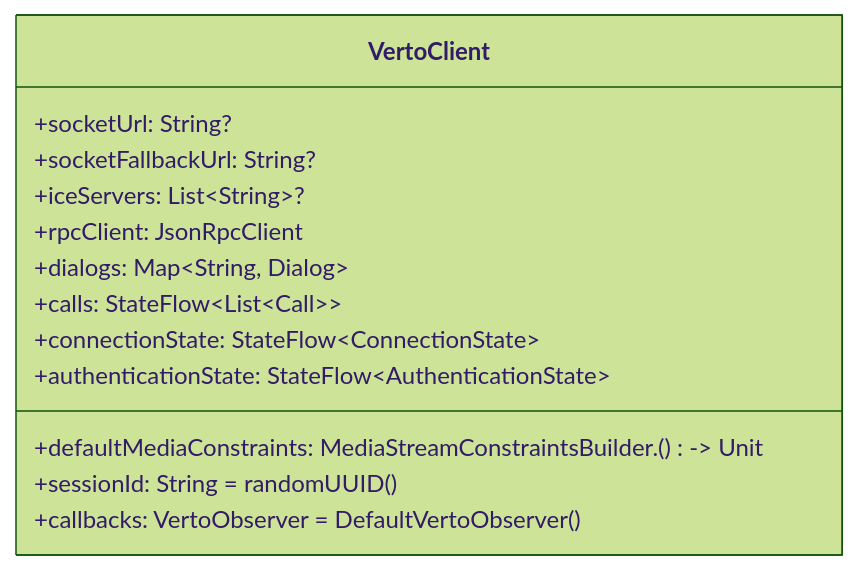
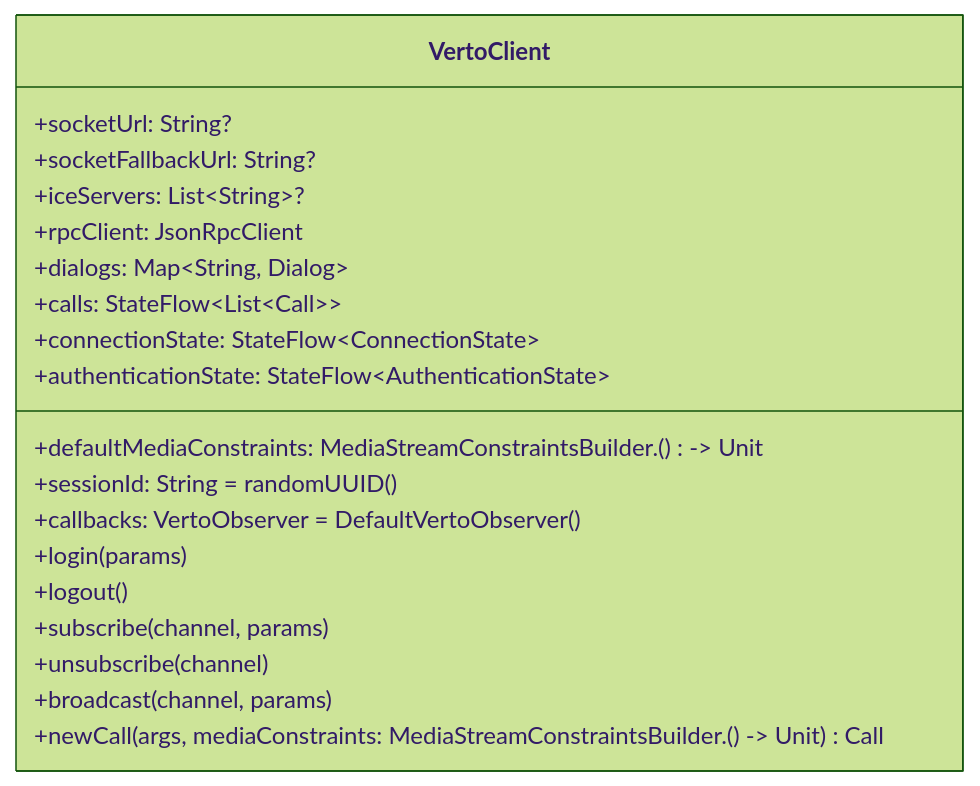
Before and after one commit to bjenning04/foam: the second of 2 diagrams in verto-design.md, drawn with Mermaid (forest theme).

Commit message:
May 4, 2026, 4:13 PM

````diff
--- a/verto-design.md
+++ b/verto-design.md
@@ -76,17 +76,22 @@
 ```mermaid
 classDiagram
     class VertoClient {
         +socketUrl: String?
         +socketFallbackUrl: String?
         +defaultMediaConstraints: MediaStreamConstraintsBuilder.() -> Unit
         +iceServers: List~String~?
         +sessionId: String = randomUUID()
         +callbacks: VertoObserver = DefaultVertoObserver()
         +rpcClient: JsonRpcClient
         +dialogs: Map~String, Dialog~
         +calls: StateFlow~List~Call~~
         +connectionState: StateFlow~ConnectionState~
         +authenticationState: StateFlow~AuthenticationState~
-        
+        +login(params)
+        +logout()
+        +subscribe(channel, params)
+        +unsubscribe(channel)
+        +broadcast(channel, params)
+        +newCall(args, mediaConstraints: MediaStreamConstraintsBuilder.() -> Unit) Call
     }
 ```
````
